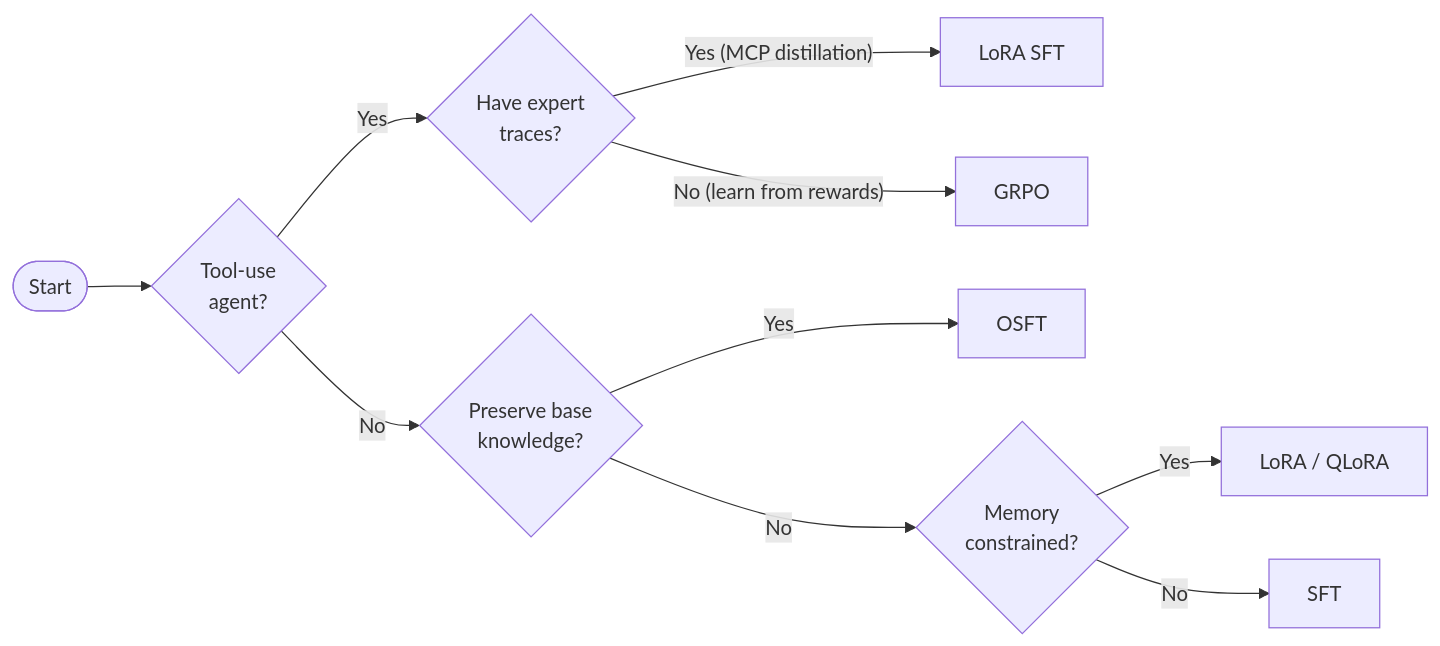
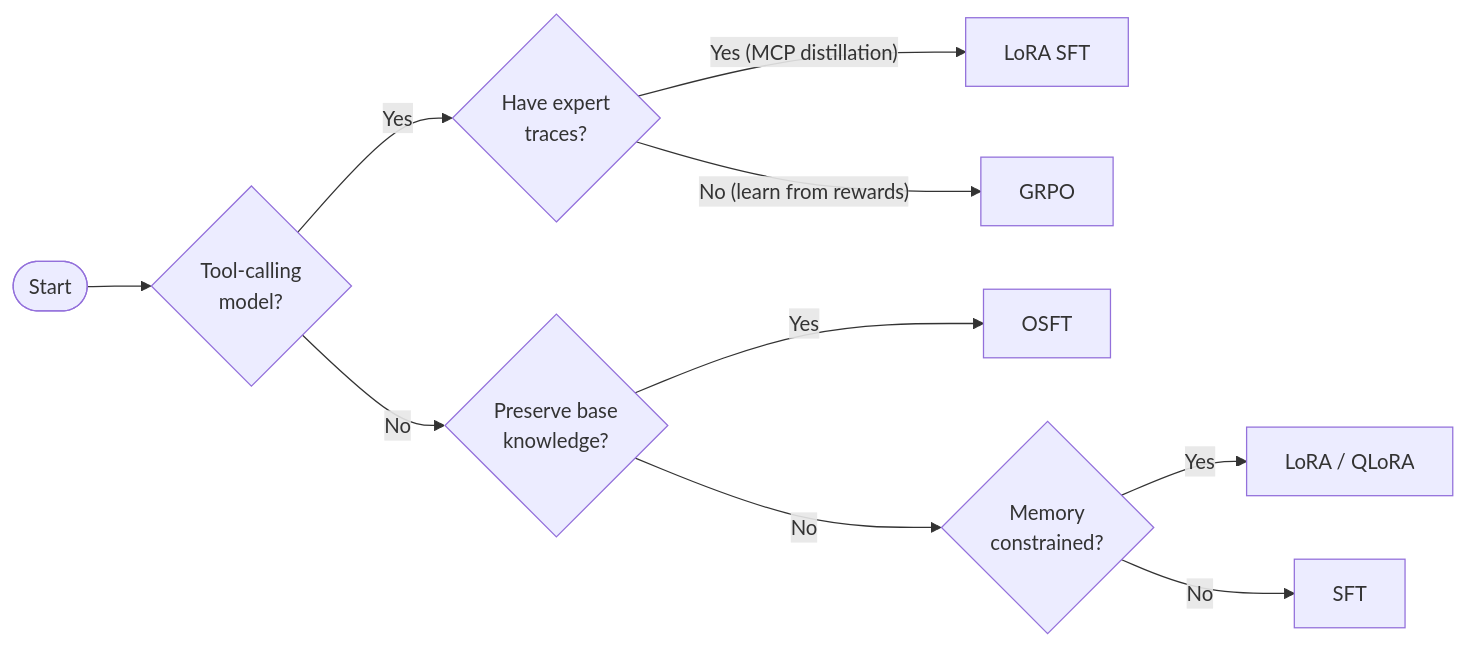
Before and after one commit to rrbanda/rhoai: the diagram in docs/getting-started/choosing-an-algorithm.md, drawn with Mermaid. The commit also changed other lines of this file and 66 other files, not shown here.

````diff
--- a/docs/getting-started/choosing-an-algorithm.md
+++ b/docs/getting-started/choosing-an-algorithm.md
@@ -7,12 +7,12 @@
 ```mermaid
 graph LR
-    A([Start]) --> B{Tool-use<br/>agent?}
+    A([Start]) --> B{Tool-calling<br/>model?}
     B -->|Yes| T{Have expert<br/>traces?}
     T -->|"Yes (MCP distillation)"| LORA_SFT["LoRA SFT"]
     T -->|"No (learn from rewards)"| GRPO[GRPO]
     B -->|No| C{Preserve base<br/>knowledge?}
     C -->|Yes| OSFT[OSFT]
     C -->|No| D{Memory<br/>constrained?}
     D -->|Yes| LORA[LoRA / QLoRA]
     D -->|No| SFT[SFT]
 ```
````
